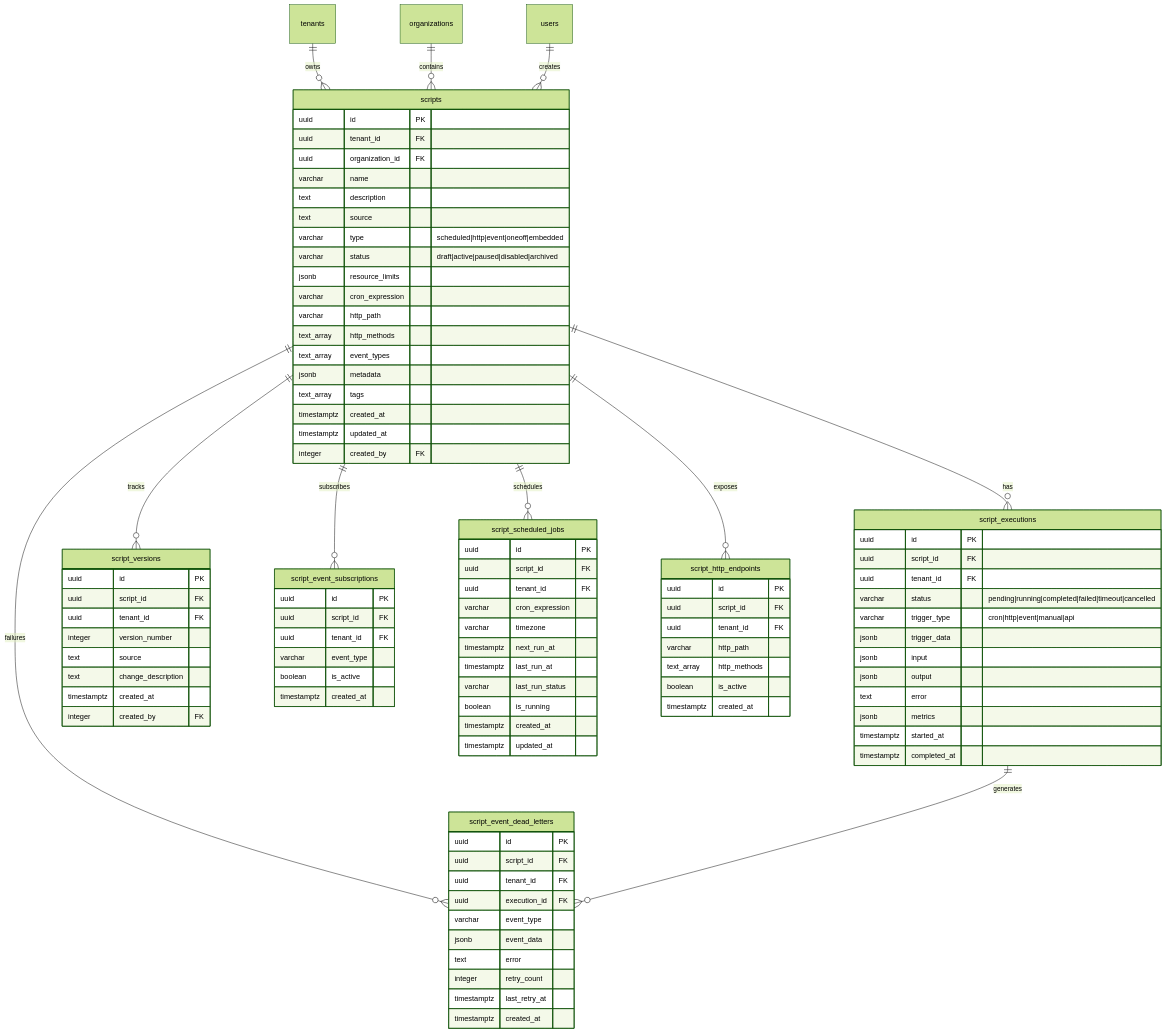
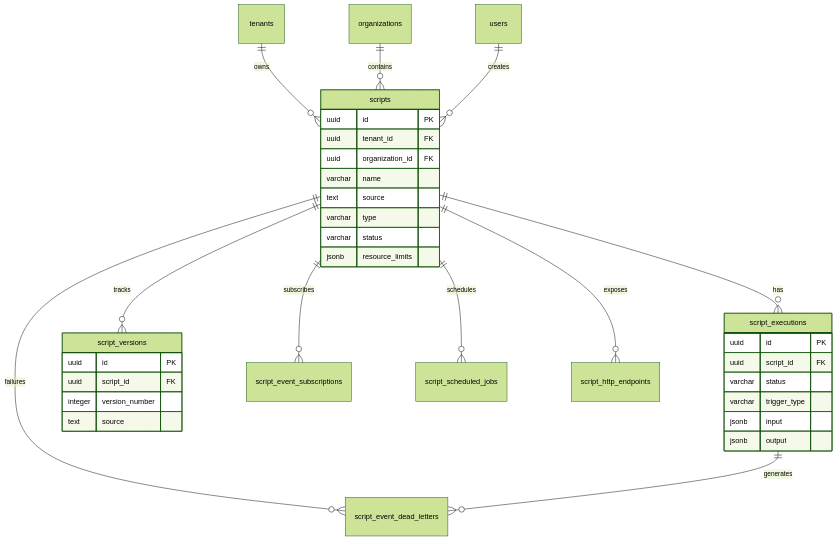
Before and after one commit to iota-uz/iota-sdk: the diagram in docs/specs/jsruntime/data-model.md, drawn with Mermaid (forest theme). The commit also changed other lines of this file and 13 other files, not shown here.

First line of the commit message:
docs: enhance spec files with Jekyll frontmatter and dark-theme-compatible Mermaid diagrams

````diff
--- a/docs/specs/jsruntime/data-model.md
+++ b/docs/specs/jsruntime/data-model.md
@@ -7,108 +16,42 @@
 ```mermaid
 erDiagram
-    tenants ||--o{ scripts : "owns"
-    organizations ||--o{ scripts : "contains"
-    users ||--o{ scripts : "creates"
+    tenants ||--o{ scripts : owns
+    organizations ||--o{ scripts : contains
+    users ||--o{ scripts : creates
 
-    scripts ||--o{ script_executions : "has"
-    scripts ||--o{ script_versions : "tracks"
-    scripts ||--o{ script_event_subscriptions : "subscribes"
-    scripts ||--o{ script_scheduled_jobs : "schedules"
-    scripts ||--o{ script_http_endpoints : "exposes"
-    scripts ||--o{ script_event_dead_letters : "failures"
+    scripts ||--o{ script_executions : has
+    scripts ||--o{ script_versions : tracks
+    scripts ||--o{ script_event_subscriptions : subscribes
+    scripts ||--o{ script_scheduled_jobs : schedules
+    scripts ||--o{ script_http_endpoints : exposes
+    scripts ||--o{ script_event_dead_letters : failures
 
-    script_executions ||--o{ script_event_dead_letters : "generates"
+    script_executions ||--o{ script_event_dead_letters : generates
 
     scripts {
         uuid id PK
         uuid tenant_id FK
         uuid organization_id FK
         varchar name
-        text description
         text source
-        varchar type "scheduled|http|event|oneoff|embedded"
-        varchar status "draft|active|paused|disabled|archived"
+        varchar type
+        varchar status
         jsonb resource_limits
-        varchar cron_expression
-        varchar http_path
-        text_array http_methods
-        text_array event_types
-        jsonb metadata
-        text_array tags
-        timestamptz created_at
-        timestamptz updated_at
-        integer created_by FK
     }
 
     script_executions {
         uuid id PK
         uuid script_id FK
-        uuid tenant_id FK
-        varchar status "pending|running|completed|failed|timeout|cancelled"
-        varchar trigger_type "cron|http|event|manual|api"
-        jsonb trigger_data
+        varchar status
+        varchar trigger_type
         jsonb input
         jsonb output
-        text error
-        jsonb metrics
-        timestamptz started_at
-        timestamptz completed_at
     }
 
     script_versions {
         uuid id PK
         uuid script_id FK
-        uuid tenant_id FK
         integer version_number
         text source
-        text change_description
-        timestamptz created_at
-        integer created_by FK
-    }
-
-    script_event_subscriptions {
-        uuid id PK
-        uuid script_id FK
-        uuid tenant_id FK
-        varchar event_type
-        boolean is_active
-        timestamptz created_at
-    }
-
-    script_scheduled_jobs {
-        uuid id PK
-        uuid script_id FK
-        uuid tenant_id FK
-        varchar cron_expression
-        varchar timezone
-        timestamptz next_run_at
-        timestamptz last_run_at
-        varchar last_run_status
-        boolean is_running
-        timestamptz created_at
-        timestamptz updated_at
-    }
-
-    script_http_endpoints {
-        uuid id PK
-        uuid script_id FK
-        uuid tenant_id FK
-        varchar http_path
-        text_array http_methods
-        boolean is_active
-        timestamptz created_at
-    }
-
-    script_event_dead_letters {
-        uuid id PK
-        uuid script_id FK
-        uuid tenant_id FK
-        uuid execution_id FK
-        varchar event_type
-        jsonb event_data
-        text error
-        integer retry_count
-        timestamptz last_retry_at
-        timestamptz created_at
     }
 ```
````
